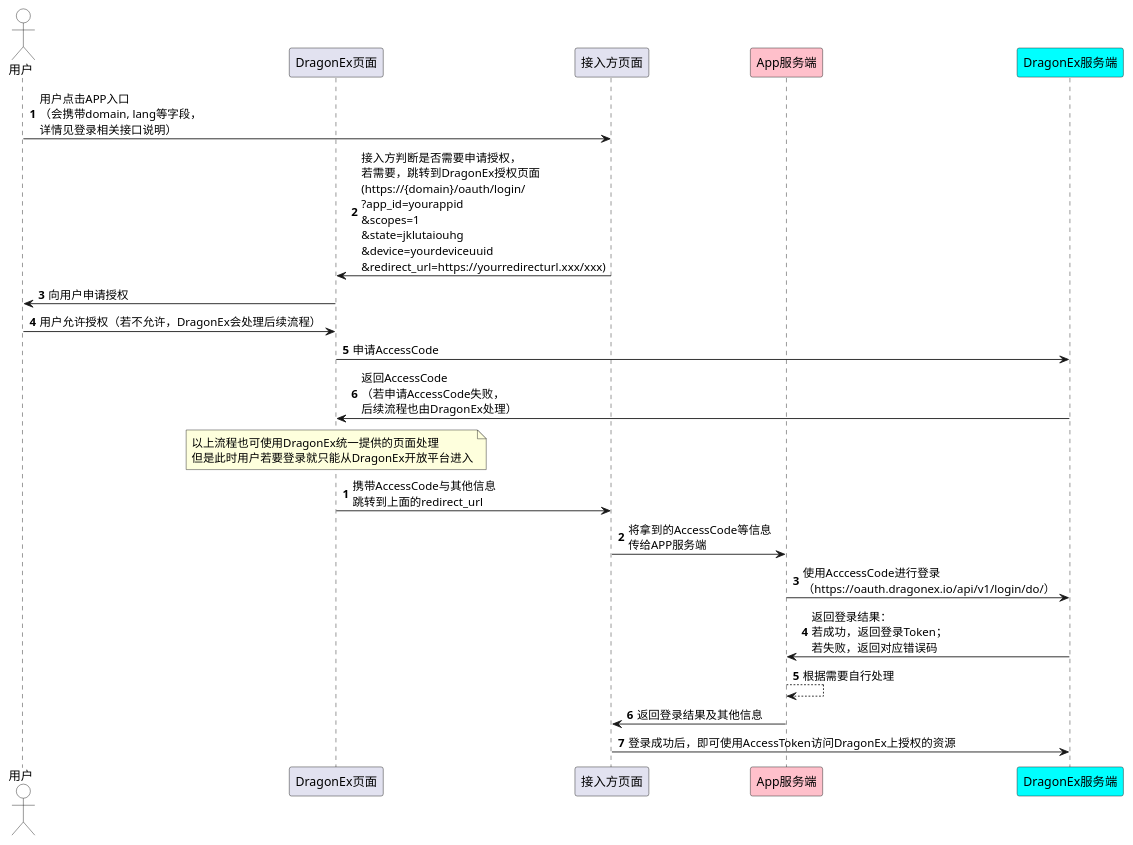
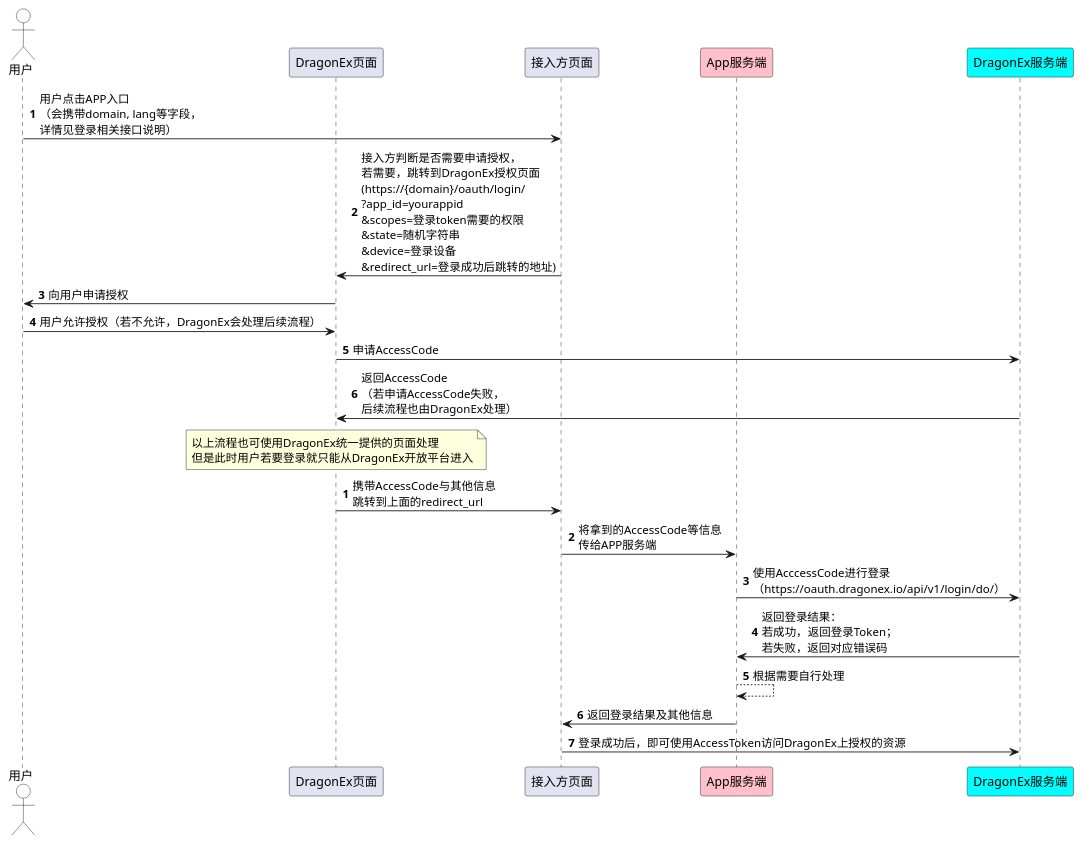
One commit to Dragonexio/OAuth changed the diagram in docs/cn/images/开放平台登录流程图.puml. Above: the diagram before and after it, drawn with PlantUML. The commit also changed 6 other files, not shown here.

Commit message:
修改币币账户支付流程图

```diff
--- a/docs/cn/images/开放平台登录流程图.puml
+++ b/docs/cn/images/开放平台登录流程图.puml
@@ -1,29 +1,29 @@
 @startuml DragonEx开放平台-登录授权流程图
 
 actor 用户 as user #White
 participant DragonEx页面 as dragonexBrowser
 participant 接入方页面 as appBrowser
 participant App服务端 as appServer #Pink
 participant DragonEx服务端 as dragonexServer #aqua
 
 autonumber 1 1
 user -> appBrowser: 用户点击APP入口\n（会携带domain, lang等字段，\n详情见登录相关接口说明）
-appBrowser -> dragonexBrowser: 接入方判断是否需要申请授权，\n若需要，跳转到DragonEx授权页面\n(https://{domain}/oauth/login/\n?app_id=yourappid\n&scopes=1\n&state=jklutaiouhg\n&device=yourdeviceuuid\n&redirect_url=https://yourredirecturl.xxx/xxx)
+appBrowser -> dragonexBrowser: 接入方判断是否需要申请授权，\n若需要，跳转到DragonEx授权页面\n(https://{domain}/oauth/login/\n?app_id=yourappid\n&scopes=登录token需要的权限\n&state=随机字符串\n&device=登录设备\n&redirect_url=登录成功后跳转的地址)
 dragonexBrowser -> user: 向用户申请授权
 user -> dragonexBrowser: 用户允许授权（若不允许，DragonEx会处理后续流程）
 dragonexBrowser -> dragonexServer: 申请AccessCode
 dragonexServer -> dragonexBrowser: 返回AccessCode\n（若申请AccessCode失败，\n后续流程也由DragonEx处理）
 note over of dragonexBrowser: 以上流程也可使用DragonEx统一提供的页面处理\n但是此时用户若要登录就只能从DragonEx开放平台进入
 autonumber stop
 
 autonumber 1 1
 dragonexBrowser -> appBrowser: 携带AccessCode与其他信息\n跳转到上面的redirect_url
 appBrowser -> appServer: 将拿到的AccessCode等信息\n传给APP服务端
 appServer -> dragonexServer: 使用AcccessCode进行登录\n（https://oauth.dragonex.io/api/v1/login/do/）
 dragonexServer -> appServer: 返回登录结果：\n若成功，返回登录Token；\n若失败，返回对应错误码
 appServer --> appServer: 根据需要自行处理
 appServer -> appBrowser: 返回登录结果及其他信息
 appBrowser -> dragonexServer: 登录成功后，即可使用AccessToken访问DragonEx上授权的资源
 autonumber stop
 
 @enduml
```
